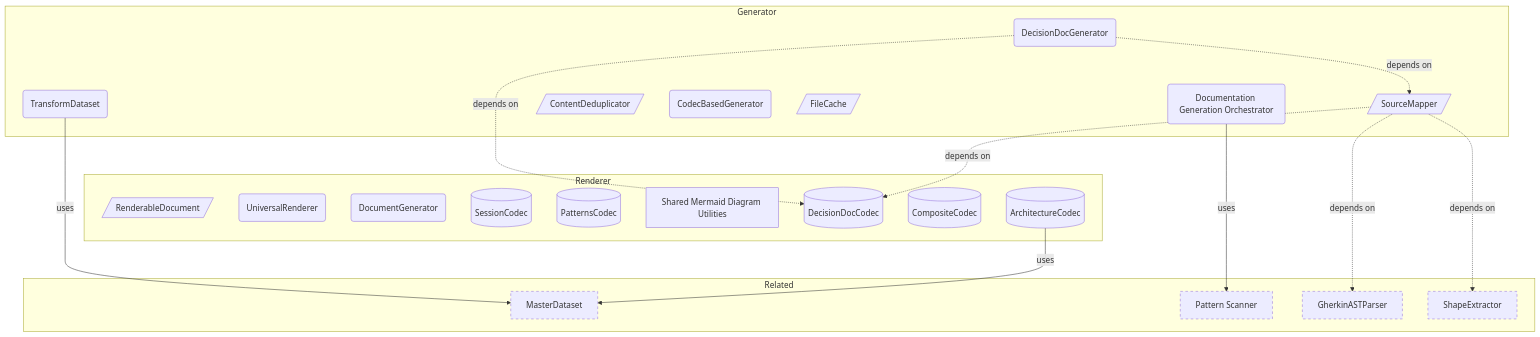
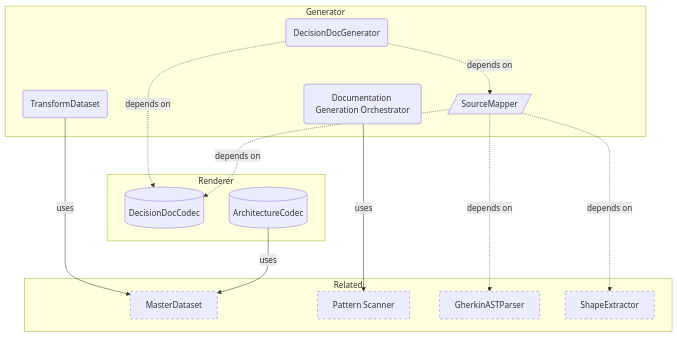
The diagram in docs-live/product-areas/GENERATION.md (libar-dev/architect), drawn with Mermaid before and after one commit. The commit also changed 90 other files, not shown here.

````diff
--- a/docs-live/product-areas/GENERATION.md
+++ b/docs-live/product-areas/GENERATION.md
@@ -22,38 +22,28 @@
 ```mermaid
 graph TB
     subgraph generator["Generator"]
         SourceMapper[/"SourceMapper"/]
         Documentation_Generation_Orchestrator("Documentation Generation Orchestrator")
-        ContentDeduplicator[/"ContentDeduplicator"/]
-        CodecBasedGenerator("CodecBasedGenerator")
-        FileCache[/"FileCache"/]
         TransformDataset("TransformDataset")
         DecisionDocGenerator("DecisionDocGenerator")
     end
     subgraph renderer["Renderer"]
-        RenderableDocument[/"RenderableDocument"/]
-        UniversalRenderer("UniversalRenderer")
-        DocumentGenerator("DocumentGenerator")
-        SessionCodec[("SessionCodec")]
-        PatternsCodec[("PatternsCodec")]
-        Shared_Mermaid_Diagram_Utilities["Shared Mermaid Diagram Utilities"]
         DecisionDocCodec[("DecisionDocCodec")]
-        CompositeCodec[("CompositeCodec")]
         ArchitectureCodec[("ArchitectureCodec")]
     end
     subgraph related["Related"]
         MasterDataset["MasterDataset"]:::neighbor
         Pattern_Scanner["Pattern Scanner"]:::neighbor
         GherkinASTParser["GherkinASTParser"]:::neighbor
         ShapeExtractor["ShapeExtractor"]:::neighbor
     end
     SourceMapper -.->|depends on| DecisionDocCodec
     SourceMapper -.->|depends on| ShapeExtractor
     SourceMapper -.->|depends on| GherkinASTParser
     Documentation_Generation_Orchestrator -->|uses| Pattern_Scanner
     ArchitectureCodec -->|uses| MasterDataset
     TransformDataset -->|uses| MasterDataset
     DecisionDocGenerator -.->|depends on| DecisionDocCodec
     DecisionDocGenerator -.->|depends on| SourceMapper
     classDef neighbor stroke-dasharray: 5 5
 ```
````
